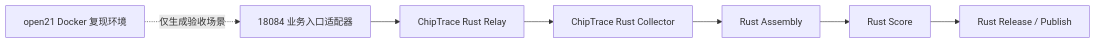
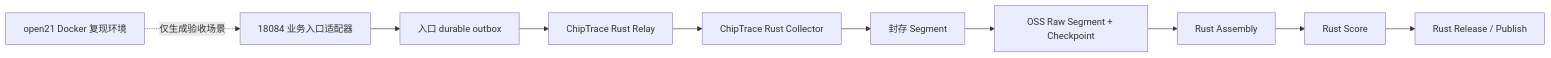
Before and after one commit to XS-MLVP/ChipTrace: the second of 2 diagrams in docs/architecture.md, drawn with Mermaid. The commit also changed other lines of this file and 52 other files, not shown here.

````diff
--- a/docs/architecture.md
+++ b/docs/architecture.md
@@ -27,9 +41,12 @@
 ```mermaid
 flowchart LR
-    A[18084 业务入口适配器] --> B[ChipTrace Rust Relay]
+    A[18084 业务入口适配器] --> Q[入口 durable outbox]
+    Q --> B[ChipTrace Rust Relay]
     B --> C[ChipTrace Rust Collector]
-    C --> D[Rust Assembly]
-    D --> E[Rust Score]
-    E --> F[Rust Release / Publish]
-    G[open21 Docker 复现环境] -. 仅生成验收场景 .-> A
+    C --> D[封存 Segment]
+    D --> O[OSS Raw Segment + Checkpoint]
+    O --> E[Rust Assembly]
+    E --> F[Rust Score]
+    F --> G[Rust Release / Publish]
+    H[open21 Docker 复现环境] -. 仅生成验收场景 .-> A
 ```
````
